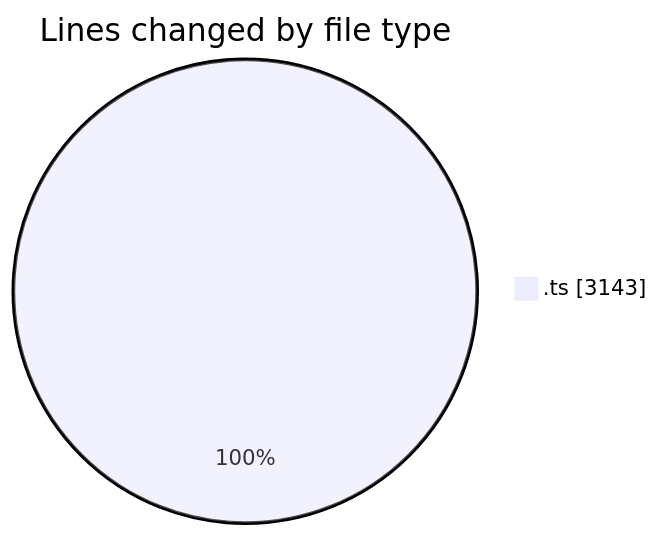
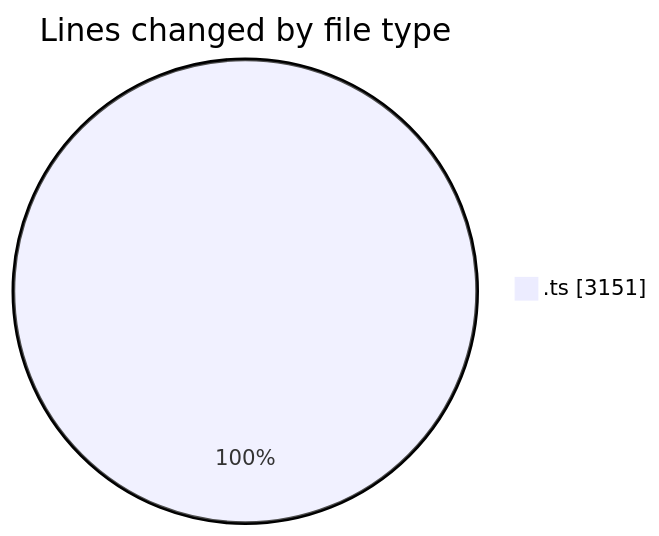
The first of 2 diagrams in 2025-06-24/cda/README.md (momahboobian/code-tracking), drawn with Mermaid before and after one commit. The commit also changed other lines of this file and 1 other file, not shown here.

````diff
--- a/2025-06-24/cda/README.md
+++ b/2025-06-24/cda/README.md
@@ -24,5 +24,5 @@
 ```mermaid
 pie showData
 title Lines changed by file type
-".ts" : 3143
+".ts" : 3151
 ```
````
